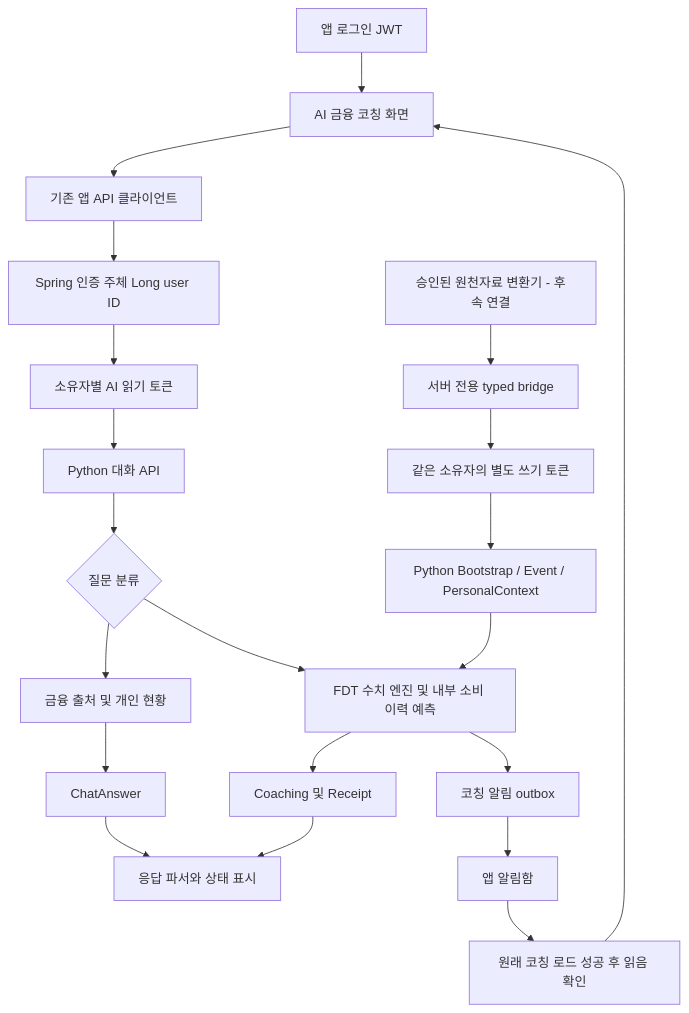
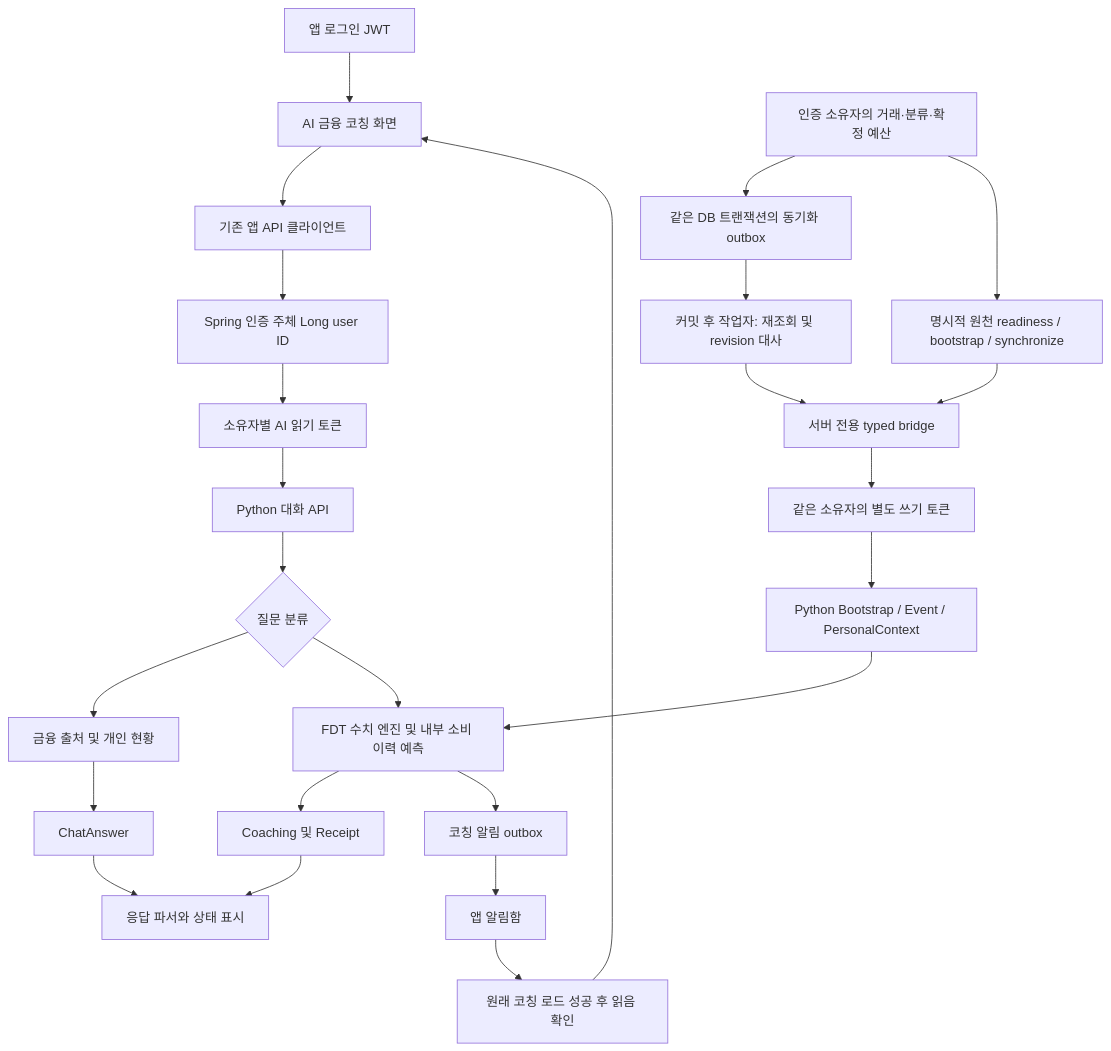
One commit to dfizae/KeyFin changed the diagram in ai/coaching/docs/app-integration.md. Above: the diagram before and after it, drawn with Mermaid. The commit also changed other lines of this file and 19 other files, not shown here.

````diff
--- a/ai/coaching/docs/app-integration.md
+++ b/ai/coaching/docs/app-integration.md
@@ -19,23 +21,27 @@
 ```mermaid
 flowchart TD
     A[앱 로그인 JWT] --> B[AI 금융 코칭 화면]
     B --> C[기존 앱 API 클라이언트]
     C --> D[Spring 인증 주체 Long user ID]
     D --> E[소유자별 AI 읽기 토큰]
     E --> F[Python 대화 API]
     F --> G{질문 분류}
     G --> H[금융 출처 및 개인 현황]
     G --> I[FDT 수치 엔진 및 내부 소비 이력 예측]
     H --> J[ChatAnswer]
     I --> K[Coaching 및 Receipt]
     J --> L[응답 파서와 상태 표시]
     K --> L
-    M[승인된 원천자료 변환기 - 후속 연결] --> N[서버 전용 typed bridge]
+    M[인증 소유자의 거래·분류·확정 예산] --> T[같은 DB 트랜잭션의 동기화 outbox]
+    T --> U[커밋 후 작업자: 재조회 및 revision 대사]
+    U --> N[서버 전용 typed bridge]
+    M --> V[명시적 원천 readiness / bootstrap / synchronize]
+    V --> N
     N --> O[같은 소유자의 별도 쓰기 토큰]
     O --> P[Python Bootstrap / Event / PersonalContext]
     P --> I
     I --> Q[코칭 알림 outbox]
     Q --> R[앱 알림함]
     R --> S[원래 코칭 로드 성공 후 읽음 확인]
     S --> B
 ```
````
